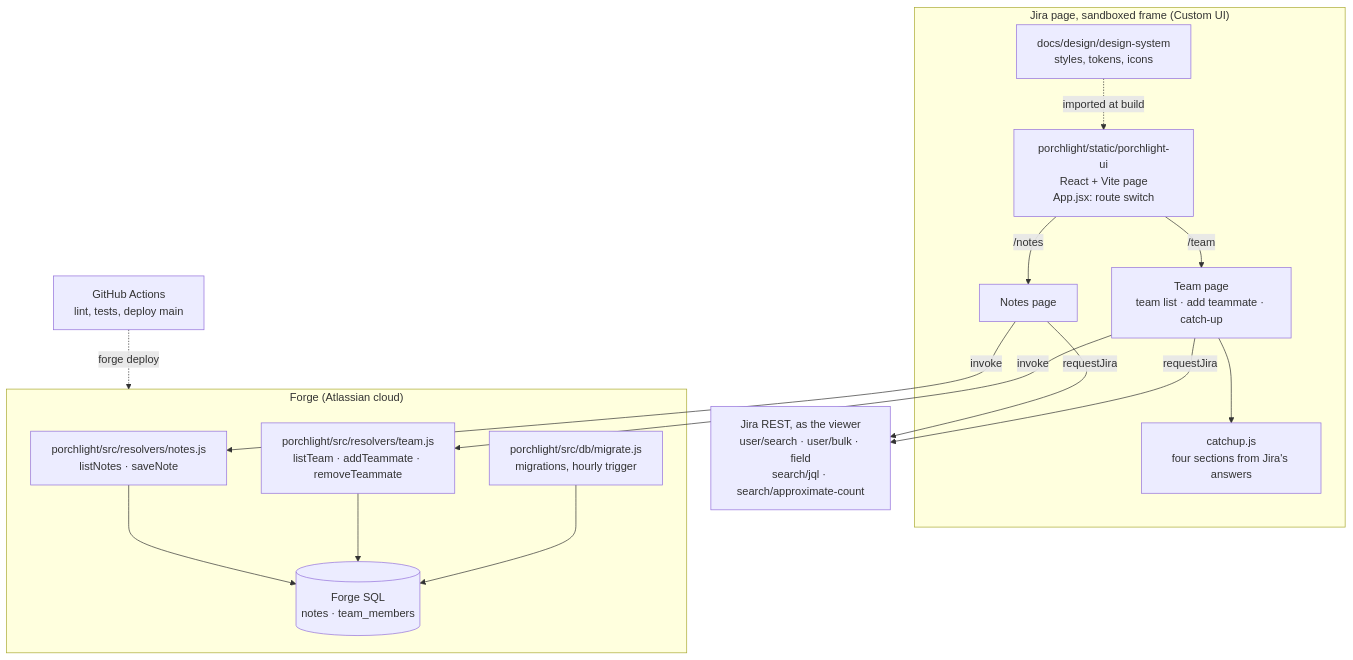
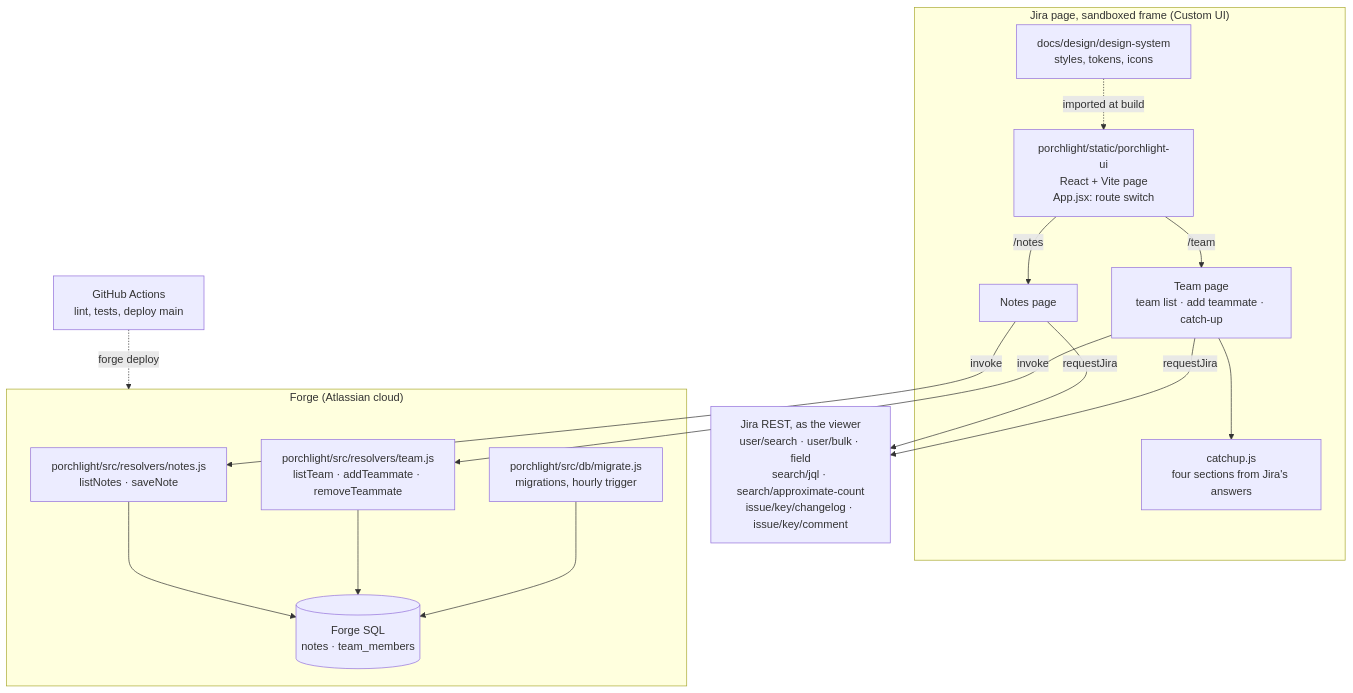
The second of 2 diagrams in docs/ARCHITECTURE.md (dzaffren/porchlight), drawn with Mermaid before and after one commit. The commit also changed other lines of this file, not shown here.

Commit message:
docs(docs): list the history and comment top-up calls
api.js also calls issue/{key}/changelog and issue/{key}/comment when
the activity search clips a ticket's history or comments. Both need
read:jira-work, so the architecture lists them with the other reads.

````diff
--- a/docs/ARCHITECTURE.md
+++ b/docs/ARCHITECTURE.md
@@ -14,28 +14,28 @@
 ```mermaid
 flowchart TB
     subgraph Browser["Jira page, sandboxed frame (Custom UI)"]
         RS["porchlight/static/porchlight-ui<br/>React + Vite page<br/>App.jsx: route switch"]
         TP["Team page<br/>team list · add teammate · catch-up"]
         NP["Notes page"]
         CU["catchup.js<br/>four sections from Jira's answers"]
         DS["docs/design/design-system<br/>styles, tokens, icons"]
         RS -- "/team" --> TP
         RS -- "/notes" --> NP
         TP --> CU
         DS -. "imported at build" .-> RS
     end
     subgraph Forge["Forge (Atlassian cloud)"]
         RN["porchlight/src/resolvers/notes.js<br/>listNotes · saveNote"]
         RT["porchlight/src/resolvers/team.js<br/>listTeam · addTeammate · removeTeammate"]
         M["porchlight/src/db/migrate.js<br/>migrations, hourly trigger"]
         SQL[("Forge SQL<br/>notes · team_members")]
     end
-    J["Jira REST, as the viewer<br/>user/search · user/bulk · field<br/>search/jql · search/approximate-count"]
+    J["Jira REST, as the viewer<br/>user/search · user/bulk · field<br/>search/jql · search/approximate-count<br/>issue/key/changelog · issue/key/comment"]
     CI["GitHub Actions<br/>lint, tests, deploy main"]
     NP -- "invoke" --> RN --> SQL
     TP -- "invoke" --> RT --> SQL
     M --> SQL
     NP -- "requestJira" --> J
     TP -- "requestJira" --> J
     CI -. "forge deploy" .-> Forge
 ```
````
